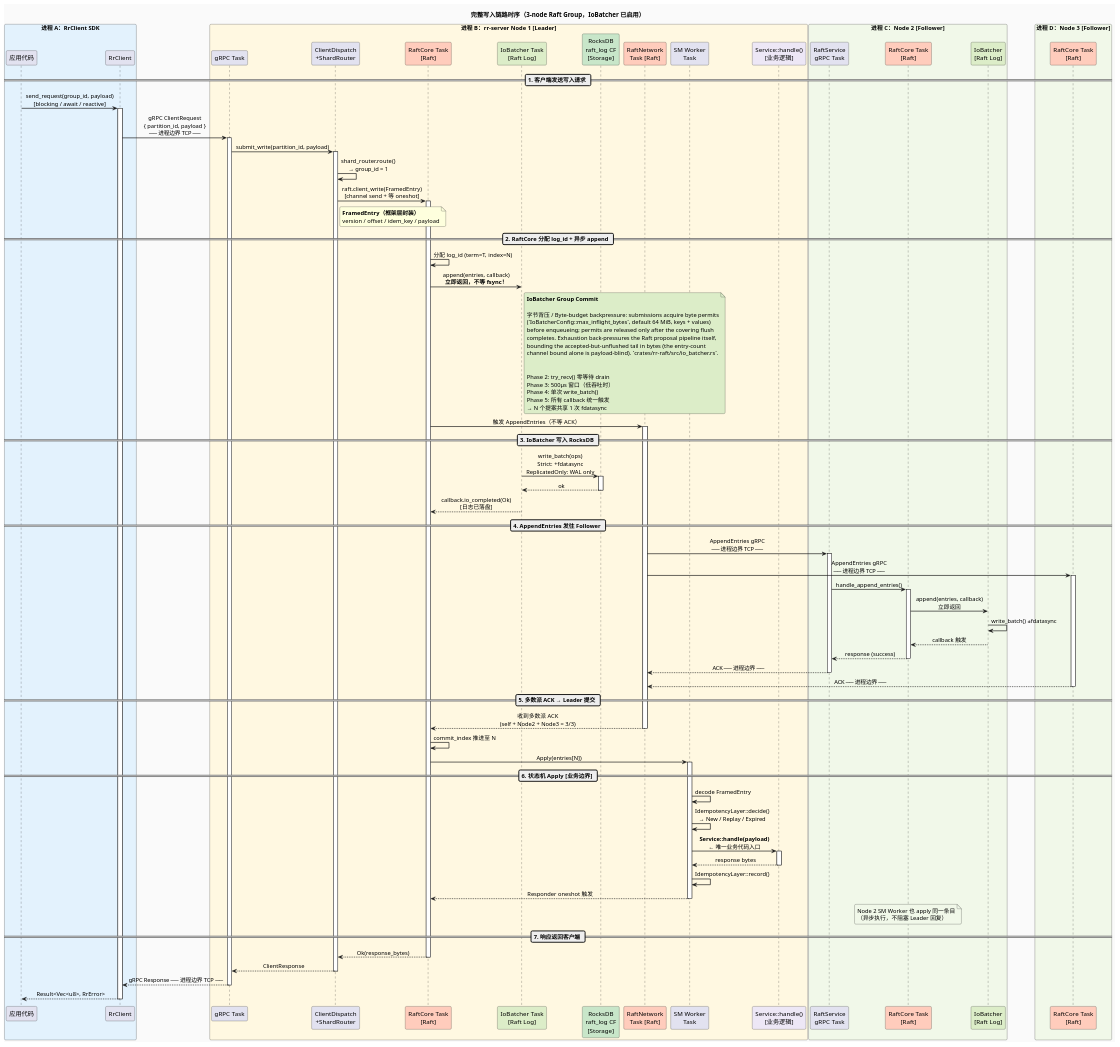
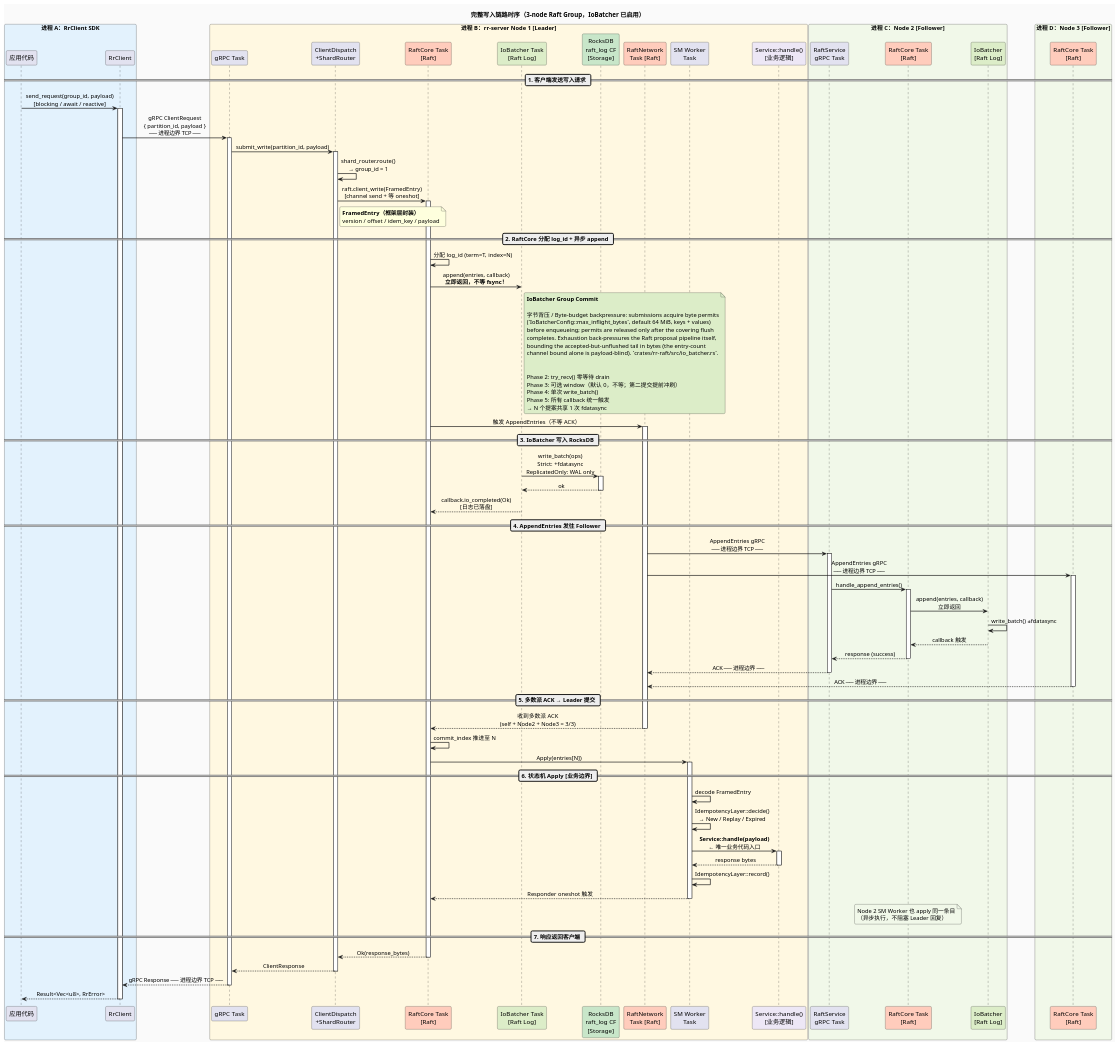
Before and after one commit to gardenias/rr: the second of 2 diagrams in docs/docs/architecture/write-path.md, drawn with PlantUML. The commit also changed 4 other files, not shown here.

```diff
--- a/docs/docs/architecture/write-path.md
+++ b/docs/docs/architecture/write-path.md
@@ -140,7 +140,7 @@
 
 
 Phase 2: try_recv() 零等待 drain
-Phase 3: 500µs 窗口（低吞吐时）
+Phase 3: 可选 window（默认 0，不等；第二提交提前冲刷）
 Phase 4: 单次 write_batch()
 Phase 5: 所有 callback 统一触发
 → N 个提案共享 1 次 fdatasync
```
